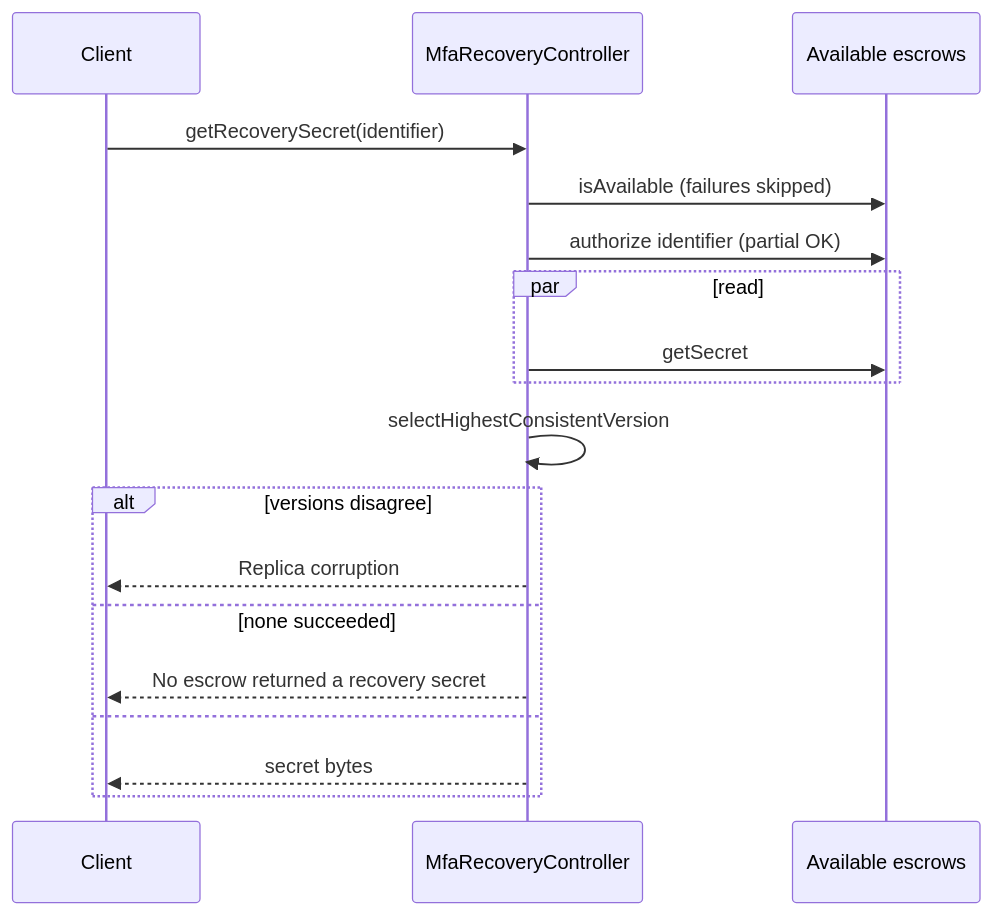
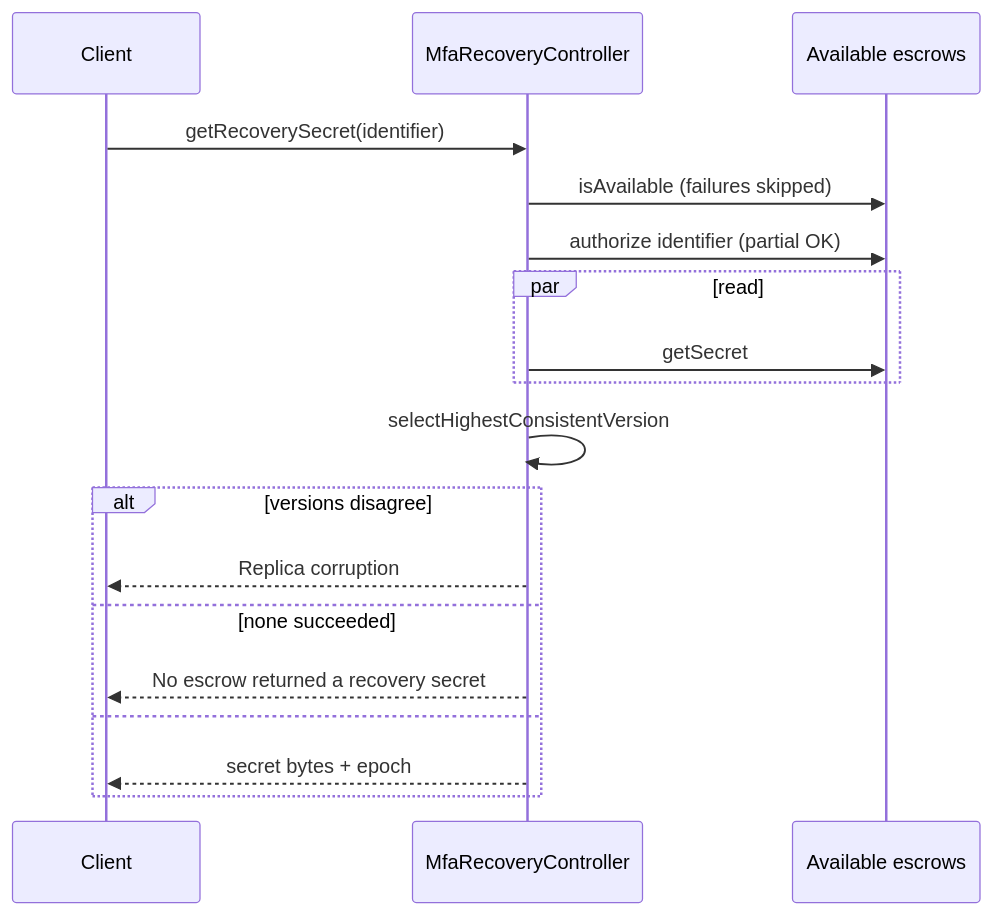
One commit to MetaMask/core changed the fourth of 6 diagrams in packages/mfa-recovery-controller/ARCHITECTURE.md. Above: the diagram before and after it, drawn with Mermaid. The commit also changed other lines of this file and 6 other files, not shown here.

First line of the commit message:
Update MFA recovery controller to return epoch with recovery secret

````diff
--- a/packages/mfa-recovery-controller/ARCHITECTURE.md
+++ b/packages/mfa-recovery-controller/ARCHITECTURE.md
@@ -125,21 +128,21 @@
 ```mermaid
 sequenceDiagram
   participant C as Client
   participant M as MfaRecoveryController
   participant E as Available escrows
 
   C->>M: getRecoverySecret(identifier)
   M->>E: isAvailable (failures skipped)
   M->>E: authorize identifier (partial OK)
   par read
     M->>E: getSecret
   end
   M->>M: selectHighestConsistentVersion
   alt versions disagree
     M-->>C: Replica corruption
   else none succeeded
     M-->>C: No escrow returned a recovery secret
   else
-    M-->>C: secret bytes
+    M-->>C: secret bytes + epoch
   end
 ```
````
